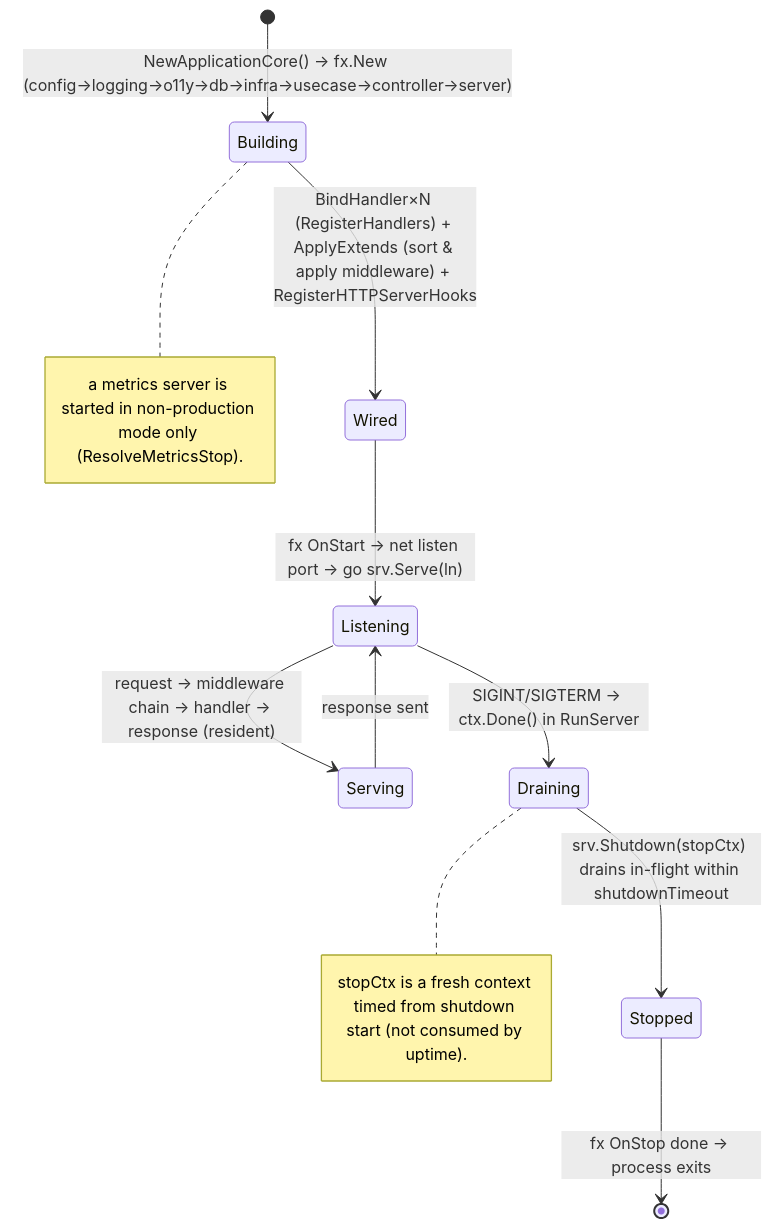
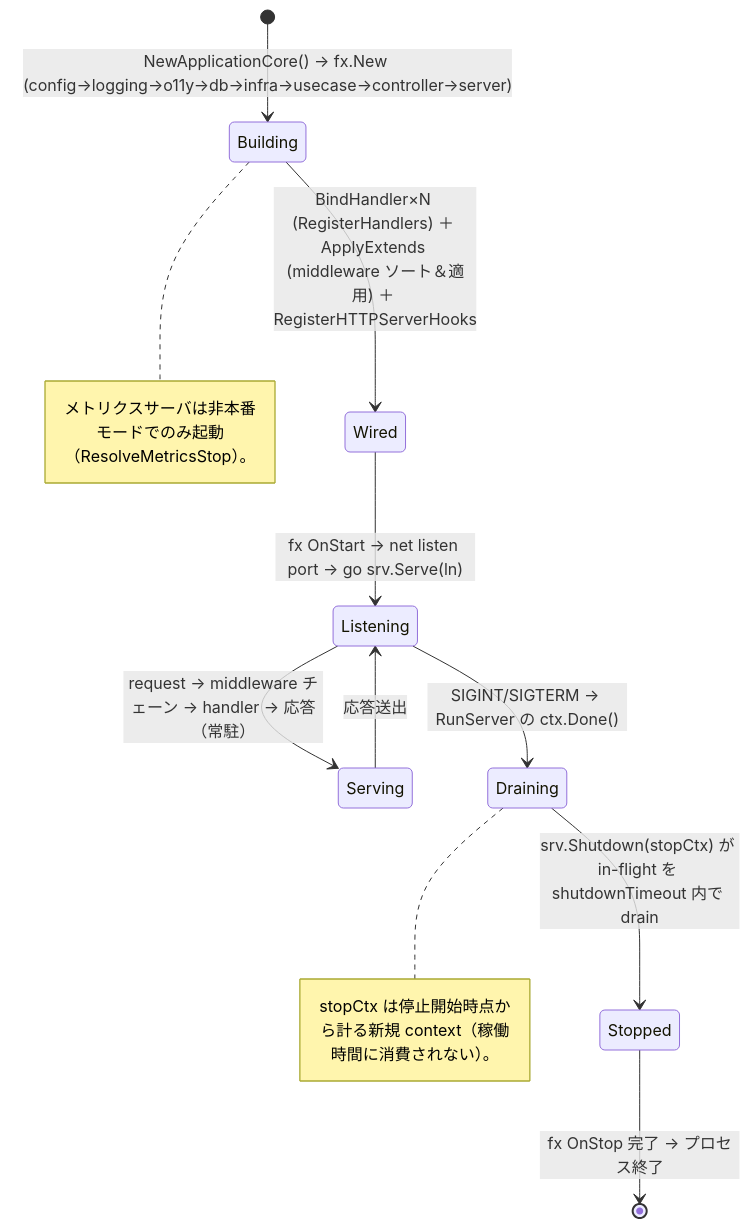
The first of 6 diagrams in docs/design/rest.md (Tomy-ch/go-boilerplate), drawn with Mermaid before and after one commit. The commit also changed other lines of this file and 970 other files, not shown here.

````diff
--- a/docs/design/rest.md
+++ b/docs/design/rest.md
@@ -35,18 +35,18 @@
 ```mermaid
 stateDiagram-v2
     [*] --> Building: NewApplicationCore() → fx.New (config→logging→o11y→db→infra→usecase→controller→server)
-    Building --> Wired: BindHandler×N (RegisterHandlers) + ApplyExtends (sort & apply middleware) + RegisterHTTPServerHooks
+    Building --> Wired: BindHandler×N (RegisterHandlers) ＋ ApplyExtends (middleware ソート＆適用) ＋ RegisterHTTPServerHooks
     Wired --> Listening: fx OnStart → net listen port → go srv.Serve(ln)
-    Listening --> Serving: request → middleware chain → handler → response (resident)
-    Serving --> Listening: response sent
-    Listening --> Draining: SIGINT/SIGTERM → ctx.Done() in RunServer
-    Draining --> Stopped: srv.Shutdown(stopCtx) drains in-flight within shutdownTimeout
-    Stopped --> [*]: fx OnStop done → process exits
+    Listening --> Serving: request → middleware チェーン → handler → 応答（常駐）
+    Serving --> Listening: 応答送出
+    Listening --> Draining: SIGINT/SIGTERM → RunServer の ctx.Done()
+    Draining --> Stopped: srv.Shutdown(stopCtx) が in-flight を shutdownTimeout 内で drain
+    Stopped --> [*]: fx OnStop 完了 → プロセス終了
 
     note right of Draining
-      stopCtx is a fresh context timed from shutdown start (not consumed by uptime).
+      stopCtx は停止開始時点から計る新規 context（稼働時間に消費されない）。
     end note
     note right of Building
-      a metrics server is started in non-production mode only (ResolveMetricsStop).
+      メトリクスサーバは非本番モードでのみ起動（ResolveMetricsStop）。
     end note
 ```
````
